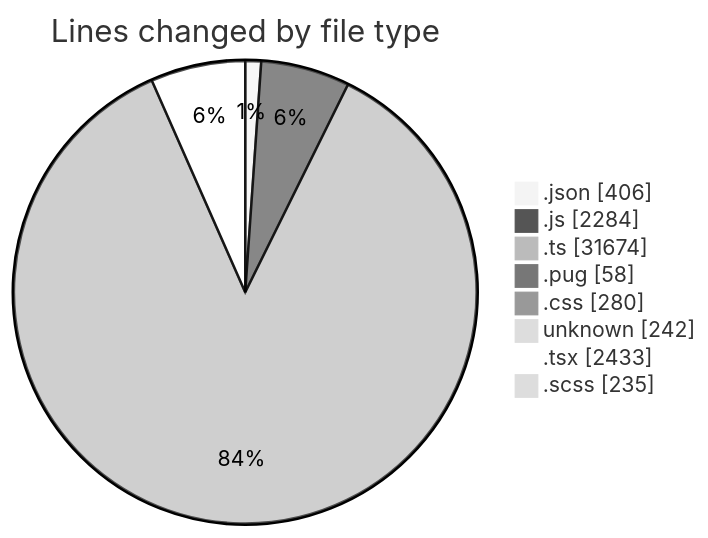
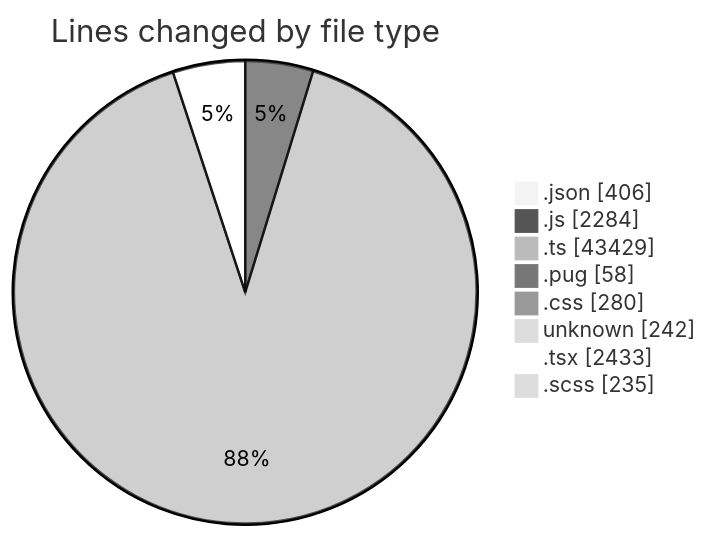
One commit to momahboobian/code-tracking changed the first of 2 diagrams in 2026-06-02/cda/README.md. Above: the diagram before and after it, drawn with Mermaid (neutral theme). The commit also changed other lines of this file and 1 other file, not shown here.

````diff
--- a/2026-06-02/cda/README.md
+++ b/2026-06-02/cda/README.md
@@ -69,12 +69,12 @@
 ```mermaid
 pie showData
 title Lines changed by file type
 ".json" : 406
 ".js" : 2284
-".ts" : 31674
+".ts" : 43429
 ".pug" : 58
 ".css" : 280
 "unknown" : 242
 ".tsx" : 2433
 ".scss" : 235
 ```
````
